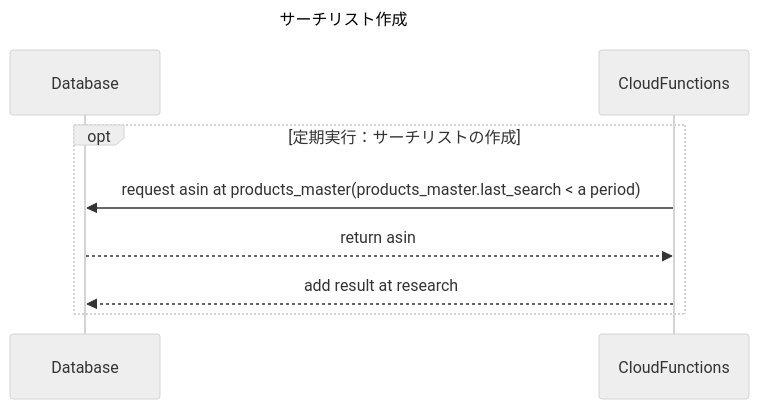
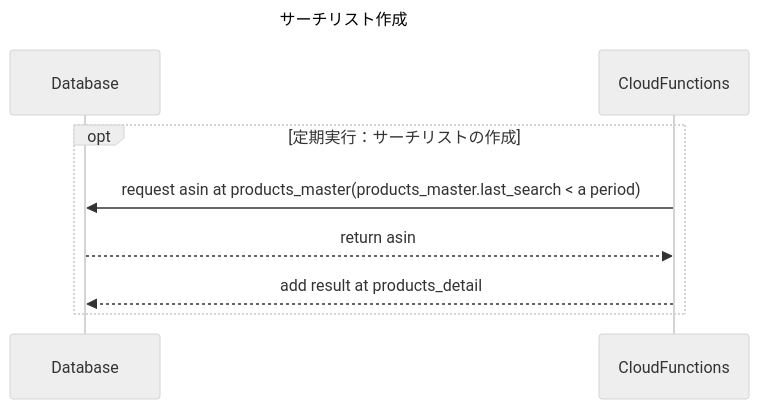
One commit to Hanato238/ASIN_search_dev changed the diagram in SQ/research_SQ_search_listing.md. Above: the diagram before and after it, drawn with Mermaid (neutral theme). The commit also changed 10 other files, not shown here.

Commit message:
modify ER

````diff
--- a/SQ/research_SQ_search_listing.md
+++ b/SQ/research_SQ_search_listing.md
@@ -1,15 +1,15 @@
 ```mermaid
 ---
 title: 'サーチリスト作成'
 ---
 sequenceDiagram
     participant db as Database
     participant cf as CloudFunctions
     
         opt 定期実行：サーチリストの作成
             cf ->> db : request asin at products_master(products_master.last_search < a period)
             db -->> cf : return asin
-            cf -->> db : add result at research
+            cf -->> db : add result at products_detail
         end
 
 ```
````
